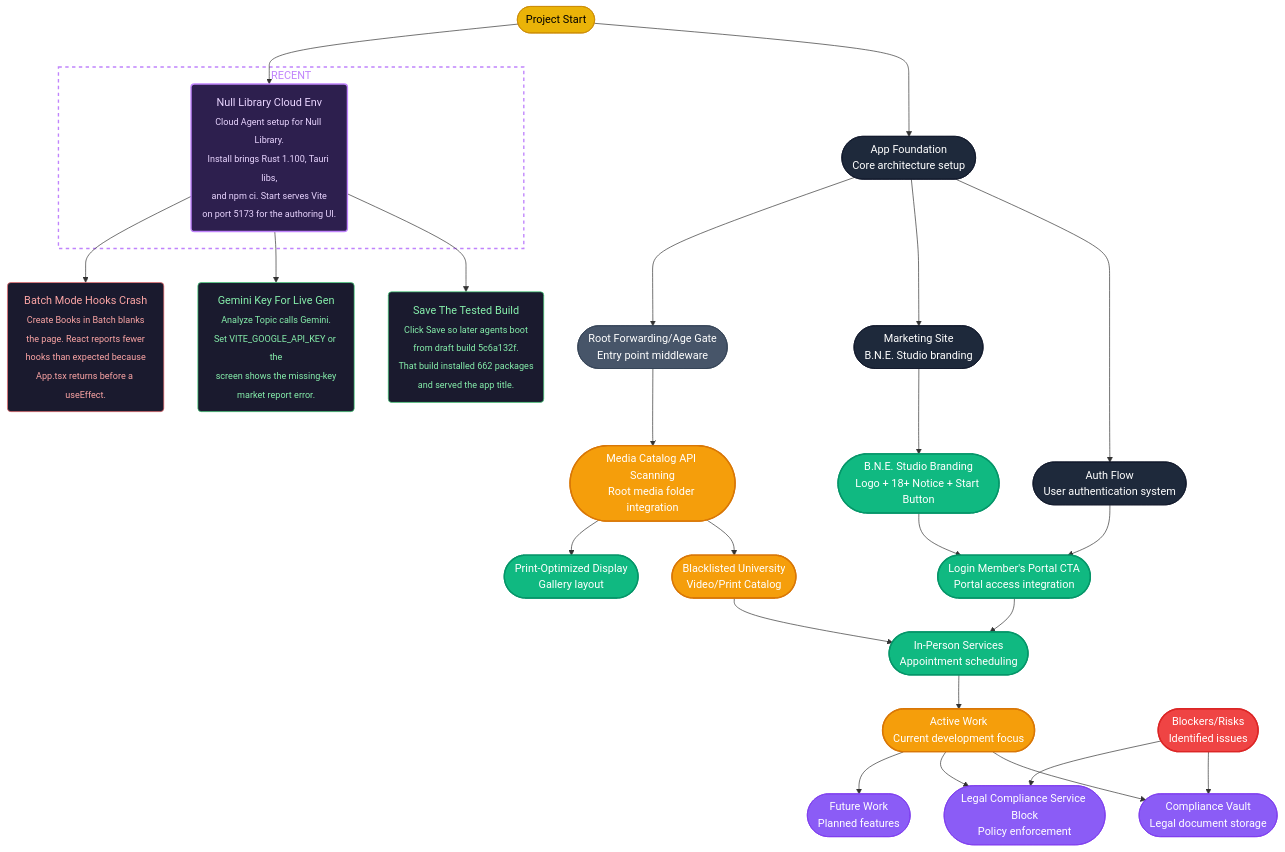
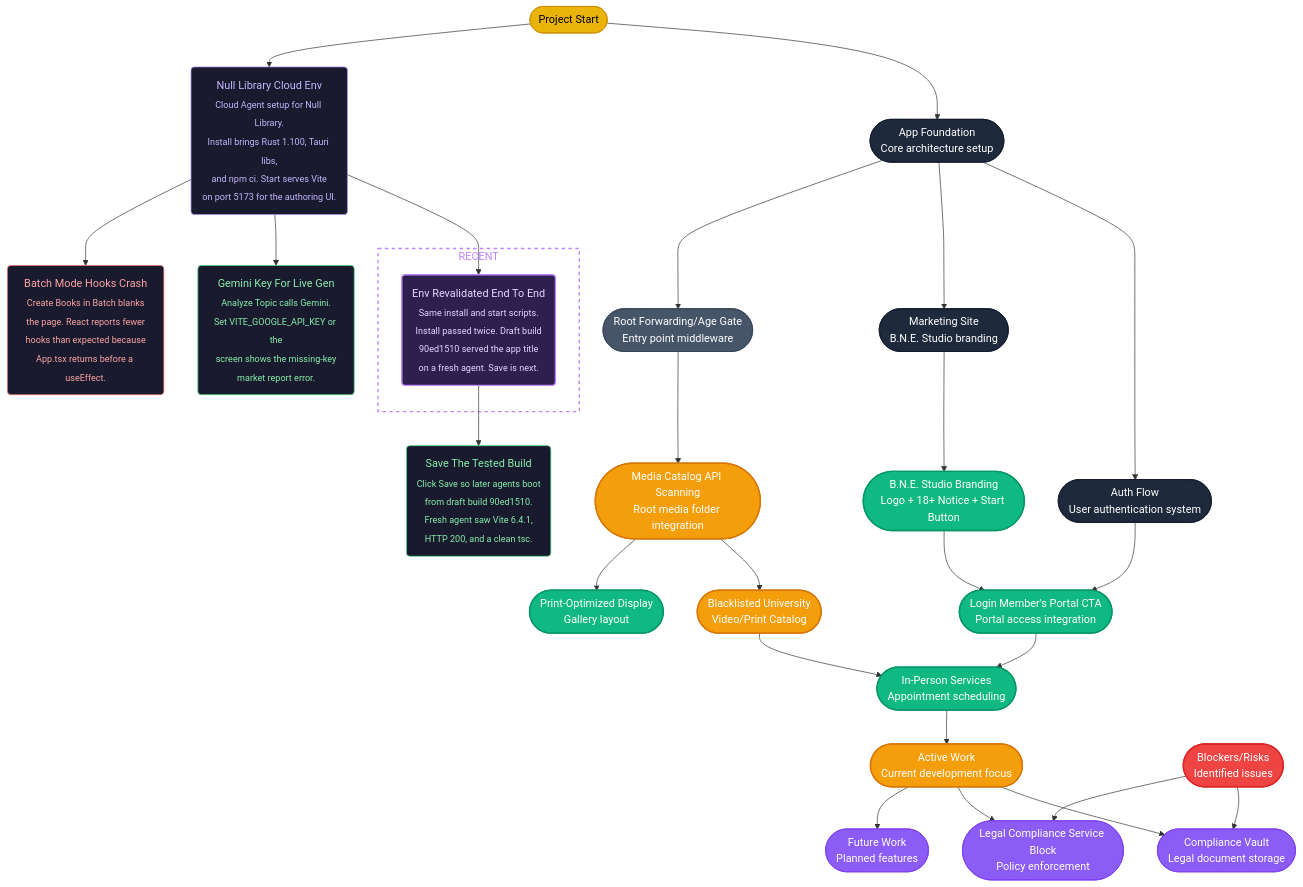
The diagram in vizvibe.mmd (crazyrob425/bne-agency), drawn with Mermaid before and after one commit.

Commit message:
Record the revalidated Null Library Cloud Agent build.
The trajectory now points Save at draft build 90ed1510 after the fresh-agent check.

```diff
--- a/vizvibe.mmd
+++ b/vizvibe.mmd
@@ -1,122 +1,127 @@
 flowchart TD
-    %% @lastActive: cloud_agent_env
+    %% @lastActive: env_revalidate
     %% Ultimate Goal: B.N.E. Studio as a branded member portal
-    %% Current Goal: Null Library Cloud Agent environment is ready to Save
+    %% Current Goal: Save Null Library draft build 90ed1510
 
     %% Mermaid theme configuration
     classDef closed fill:#475569,stroke:#334155,color:#fff,stroke-width:1px
     classDef opened fill:#10b981,stroke:#059669,color:#fff,stroke-width:2px
     classDef in_progress fill:#f59e0b,stroke:#d97706,color:#fff,stroke-width:2px
     classDef future fill:#8b5cf6,stroke:#7c3aed,color:#fff,stroke-width:1px
     
     %% Color scheme: Gold(#eab308) Black(#1e293b) Purple(#8b5cf6) Green(#10b981)
 
     %% @node [closed]
     project_start(["Project Start"]):::closed
     
     %% @node [closed]
     app_foundation(["App Foundation<br/>Core architecture setup"]):::closed
     
     %% @node [closed]
     auth_flow(["Auth Flow<br/>User authentication system"]):::closed
     
     %% @node [closed]
     marketing_site(["Marketing Site<br/>B.N.E. Studio branding"]):::closed
     
     %% @node [opened]
     bne_studio(["B.N.E. Studio Branding<br/>Logo + 18+ Notice + Start Button"]):::opened
     
     %% @node [opened]
     login_portal(["Login Member's Portal CTA<br/>Portal access integration"]):::opened
     
     %% @node [in_progress]
     media_catalog_api(["Media Catalog API Scanning<br/>Root media folder integration"]):::in_progress
     
     %% @node [in_progress]
     blacklisted_university(["Blacklisted University<br/>Video/Print Catalog"]):::in_progress
     
     %% @node [opened]
     print_optimized(["Print-Optimized Display<br/>Gallery layout"]):::opened
     
     %% @node [opened]
     in_person_services(["In-Person Services<br/>Appointment scheduling"]):::opened
     
     %% @node [future]
     compliance_vault(["Compliance Vault<br/>Legal document storage"]):::future
     
     %% @node [future]
     legal_compliance(["Legal Compliance Service Block<br/>Policy enforcement"]):::future
     
     %% @node [opened]
     active_work(["Active Work<br/>Current development focus"]):::opened
     
     %% @node [opened]
     blockers_risks(["Blockers/Risks<br/>Identified issues"]):::opened
     
     %% @node [future]
     future_work(["Future Work<br/>Planned features"]):::future
     
     %% @node [closed]
     root_forwarding(["Root Forwarding/Age Gate<br/>Entry point middleware"]):::closed
 
     %% @cloud_agent_env [ai-task, closed, 2026-11-20, rob]
     cloud_agent_env("Null Library Cloud Env<br/><sub>Cloud Agent setup for Null Library.<br/>Install brings Rust 1.100, Tauri libs,<br/>and npm ci. Start serves Vite<br/>on port 5173 for the authoring UI.</sub>")
 
-    %% @save_cloud_env [human-task, opened, 2026-11-20, rob]
-    save_cloud_env("Save The Tested Build<br/><sub>Click Save so later agents boot<br/>from draft build 5c6a132f.<br/>That build installed 662 packages<br/>and served the app title.</sub>")
+    %% @env_revalidate [ai-task, closed, 2026-11-21, rob]
+    env_revalidate("Env Revalidated End To End<br/><sub>Same install and start scripts.<br/>Install passed twice. Draft build<br/>90ed1510 served the app title<br/>on a fresh agent. Save is next.</sub>")
+
+    %% @save_cloud_env [human-task, opened, 2026-11-21, rob]
+    save_cloud_env("Save The Tested Build<br/><sub>Click Save so later agents boot<br/>from draft build 90ed1510.<br/>Fresh agent saw Vite 6.4.1,<br/>HTTP 200, and a clean tsc.</sub>")
 
     %% @gemini_key [human-task, opened, 2026-11-20, rob]
     gemini_key("Gemini Key For Live Gen<br/><sub>Analyze Topic calls Gemini.<br/>Set VITE_GOOGLE_API_KEY or the<br/>screen shows the missing-key<br/>market report error.</sub>")
 
     %% @batch_hooks_bug [blocker, opened, 2026-11-20, rob]
     batch_hooks_bug("Batch Mode Hooks Crash<br/><sub>Create Books in Batch blanks<br/>the page. React reports fewer<br/>hooks than expected because<br/>App.tsx returns before a useEffect.</sub>")
 
     subgraph recent [RECENT]
-        cloud_agent_env
+        env_revalidate
     end
     
     %% Connections
     project_start --> app_foundation
     app_foundation --> auth_flow
     app_foundation --> marketing_site
     auth_flow --> login_portal
     marketing_site --> bne_studio
     bne_studio --> login_portal
     login_portal --> in_person_services
     app_foundation --> root_forwarding
     root_forwarding --> media_catalog_api
     media_catalog_api --> blacklisted_university
     media_catalog_api --> print_optimized
     blacklisted_university --> in_person_services
     in_person_services --> active_work
     active_work --> compliance_vault
     active_work --> legal_compliance
     active_work --> future_work
     blockers_risks --> compliance_vault
     blockers_risks --> legal_compliance
     project_start --> cloud_agent_env
-    cloud_agent_env --> save_cloud_env
+    cloud_agent_env --> env_revalidate
+    env_revalidate --> save_cloud_env
     cloud_agent_env --> gemini_key
     cloud_agent_env --> batch_hooks_bug
     
     style project_start fill:#eab308,stroke:#ca8a04,color:#000
     style app_foundation fill:#1e293b,stroke:#0f172a,color:#fff
     style auth_flow fill:#1e293b,stroke:#0f172a,color:#fff
     style marketing_site fill:#1e293b,stroke:#0f172a,color:#fff
     style bne_studio fill:#10b981,stroke:#059669,color:#fff
     style login_portal fill:#10b981,stroke:#059669,color:#fff
     style media_catalog_api fill:#f59e0b,stroke:#d97706,color:#fff
     style blacklisted_university fill:#f59e0b,stroke:#d97706,color:#fff
     style print_optimized fill:#10b981,stroke:#059669,color:#fff
     style in_person_services fill:#10b981,stroke:#059669,color:#fff
     style root_forwarding fill:#475569,stroke:#334155,color:#fff
     style compliance_vault fill:#8b5cf6,stroke:#7c3aed,color:#fff
     style legal_compliance fill:#8b5cf6,stroke:#7c3aed,color:#fff
     style active_work fill:#f59e0b,stroke:#d97706,color:#fff
     style blockers_risks fill:#ef4444,stroke:#dc2626,color:#fff
     style future_work fill:#8b5cf6,stroke:#7c3aed,color:#fff
-    style cloud_agent_env fill:#2d1f4e,stroke:#c084fc,color:#e9d5ff,stroke-width:2px
+    style cloud_agent_env fill:#1a1a2e,stroke:#a78bfa,color:#c4b5fd,stroke-width:1px
+    style env_revalidate fill:#2d1f4e,stroke:#c084fc,color:#e9d5ff,stroke-width:2px
     style recent fill:transparent,stroke:#c084fc,color:#c084fc,stroke-width:2px,stroke-dasharray:5 5
     style save_cloud_env fill:#1a1a2e,stroke:#4ade80,color:#86efac,stroke-width:1px
     style gemini_key fill:#1a1a2e,stroke:#4ade80,color:#86efac,stroke-width:1px
     style batch_hooks_bug fill:#1a1a2e,stroke:#f87171,color:#fca5a5,stroke-width:1px
```
